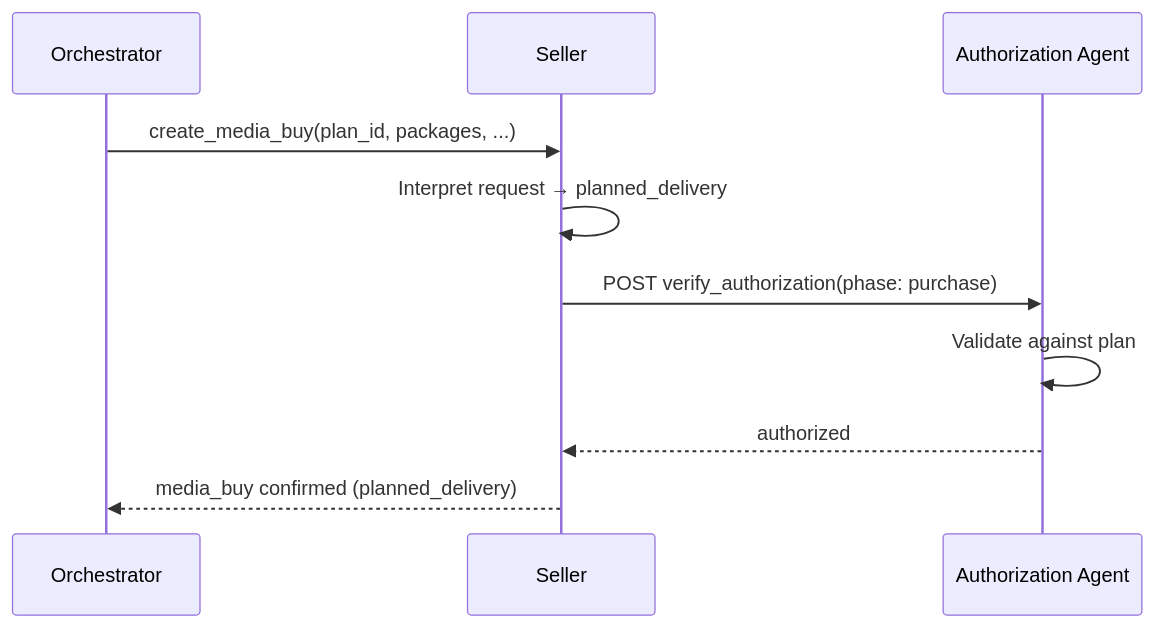
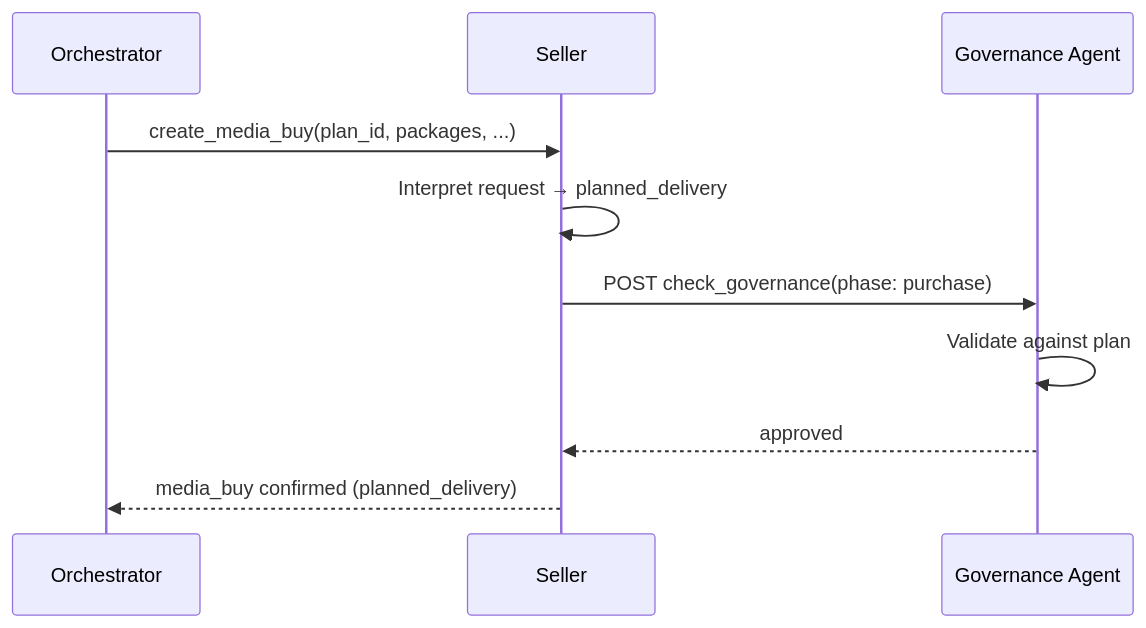
One commit to adcontextprotocol/adcp changed the first of 4 diagrams in docs/governance/campaign/specification.mdx. Above: the diagram before and after it, drawn with Mermaid. The commit also changed other lines of this file and 17 other files, not shown here.

First line of the commit message:
refactor: rename authorization → governance terminology

````diff
--- a/docs/governance/campaign/specification.mdx
+++ b/docs/governance/campaign/specification.mdx
@@ -339,13 +339,13 @@
 ```mermaid
 sequenceDiagram
     participant O as Orchestrator
     participant S as Seller
-    participant A as Authorization Agent
+    participant A as Governance Agent
 
     O->>S: create_media_buy(plan_id, packages, ...)
     S->>S: Interpret request → planned_delivery
-    S->>A: POST verify_authorization(phase: purchase)
+    S->>A: POST check_governance(phase: purchase)
     A->>A: Validate against plan
-    A-->>S: authorized
+    A-->>S: approved
     S-->>O: media_buy confirmed (planned_delivery)
 ```
````
